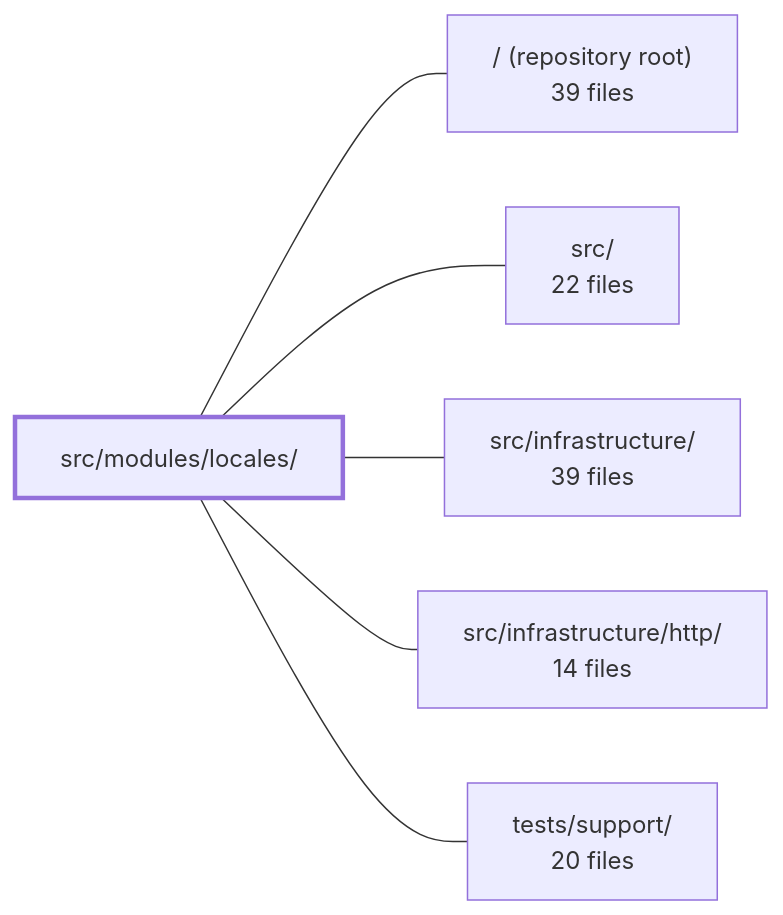
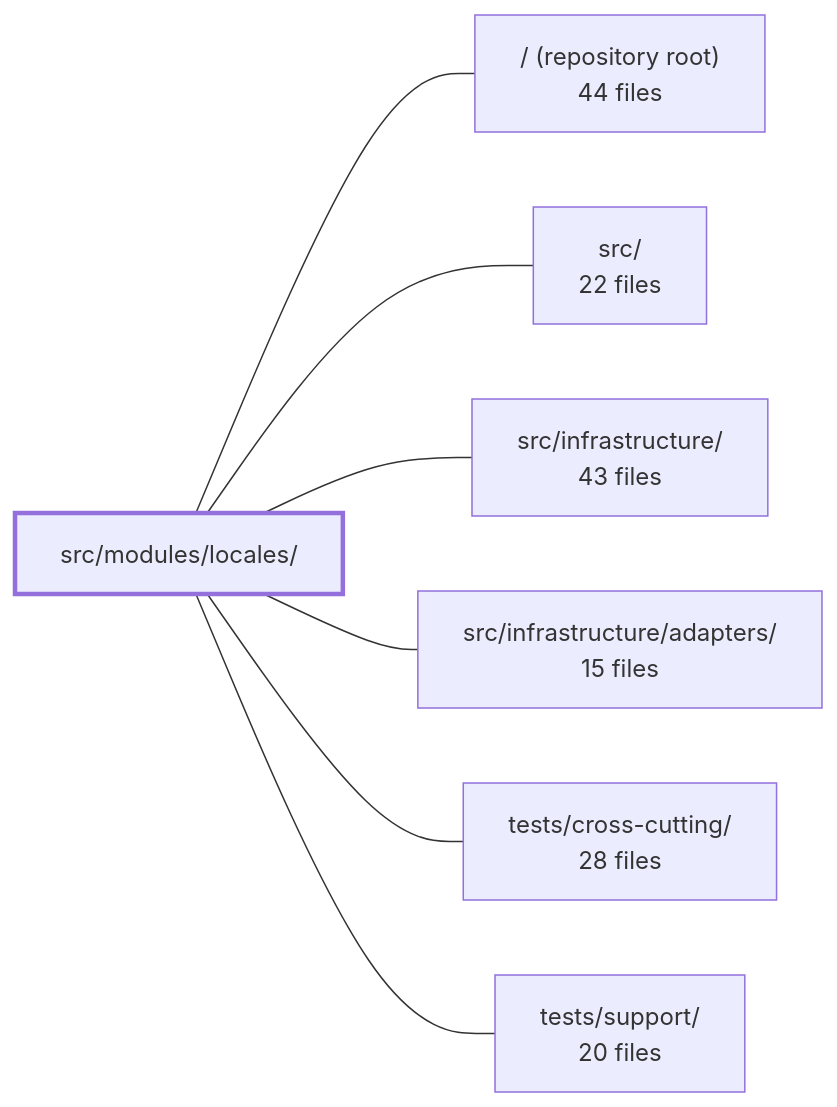
Before and after one commit to Guebbit/boilerplate-node-backend: the diagram in .2repo/modules/boilerplate-node-backend_src_modules_locales.md, drawn with Mermaid. The commit also changed other lines of this file and 625 other files, not shown here.

````diff
--- a/.2repo/modules/boilerplate-node-backend_src_modules_locales.md
+++ b/.2repo/modules/boilerplate-node-backend_src_modules_locales.md
@@ -40,15 +39,17 @@
 ```mermaid
 flowchart LR
     m_src_modules_locales["src/modules/locales/"]
-    m_root["/ (repository root)<br/>39 files"]
+    m_root["/ (repository root)<br/>44 files"]
     m_src["src/<br/>22 files"]
-    m_src_infrastructure["src/infrastructure/<br/>39 files"]
-    m_src_infrastructure_http["src/infrastructure/http/<br/>14 files"]
+    m_src_infrastructure["src/infrastructure/<br/>43 files"]
+    m_src_infrastructure_adapters["src/infrastructure/adapters/<br/>15 files"]
+    m_tests_cross_cutting["tests/cross-cutting/<br/>28 files"]
     m_tests_support["tests/support/<br/>20 files"]
     m_src_modules_locales --- m_root
     m_src_modules_locales --- m_src
     m_src_modules_locales --- m_src_infrastructure
-    m_src_modules_locales --- m_src_infrastructure_http
+    m_src_modules_locales --- m_src_infrastructure_adapters
+    m_src_modules_locales --- m_tests_cross_cutting
     m_src_modules_locales --- m_tests_support
     style m_src_modules_locales stroke-width:3px
 ```
````
